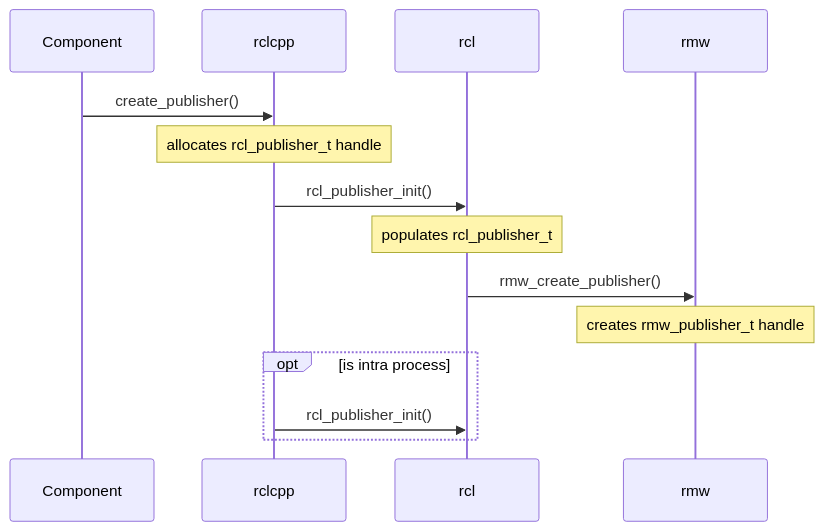
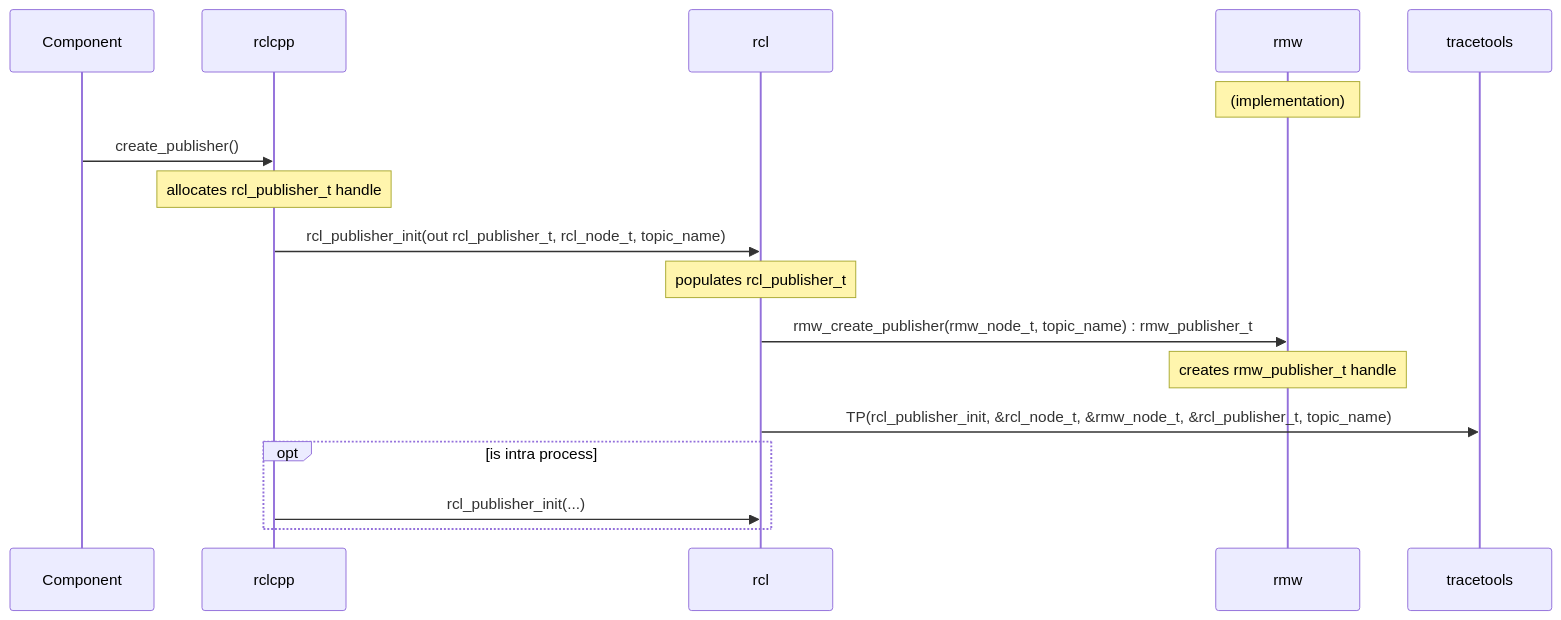
The third of 6 diagrams in doc/ros_2.md (ros2/ros2_tracing), drawn with Mermaid before and after one commit. The commit also changed other lines of this file, not shown here.

````diff
--- a/doc/ros_2.md
+++ b/doc/ros_2.md
@@ -67,18 +75,23 @@
 ```mermaid
 sequenceDiagram
     participant Component
     participant rclcpp
     participant rcl
     participant rmw
+    participant tracetools
+
+    Note over rmw: (implementation)
 
     Component->>rclcpp: create_publisher()
     Note over rclcpp: allocates rcl_publisher_t handle
-    rclcpp->>rcl: rcl_publisher_init()
+    rclcpp->>rcl: rcl_publisher_init(out rcl_publisher_t, rcl_node_t, topic_name)
     Note over rcl: populates rcl_publisher_t
-    rcl->>rmw: rmw_create_publisher()
+    rcl->>rmw: rmw_create_publisher(rmw_node_t, topic_name) : rmw_publisher_t
     Note over rmw: creates rmw_publisher_t handle
 
+    rcl->>tracetools: TP(rcl_publisher_init, &rcl_node_t, &rmw_node_t, &rcl_publisher_t, topic_name)
+
     opt is intra process
-        rclcpp->>rcl: rcl_publisher_init()
+        rclcpp->>rcl: rcl_publisher_init(...)
     end
 ```
````
